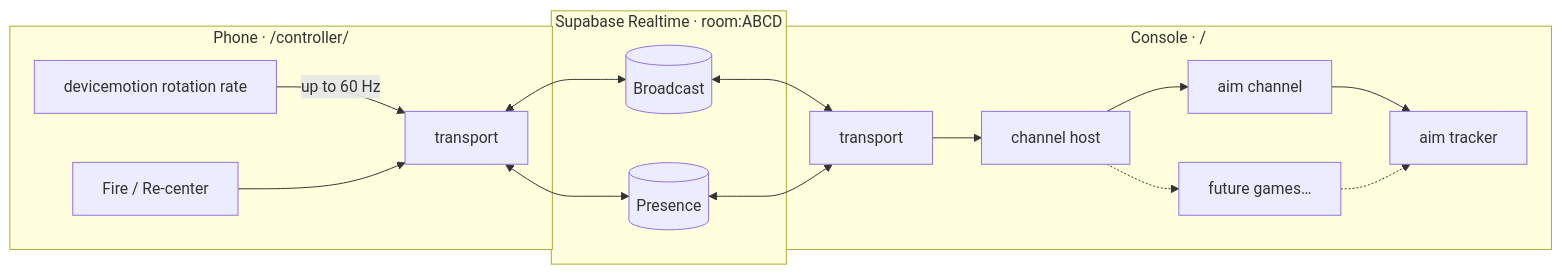
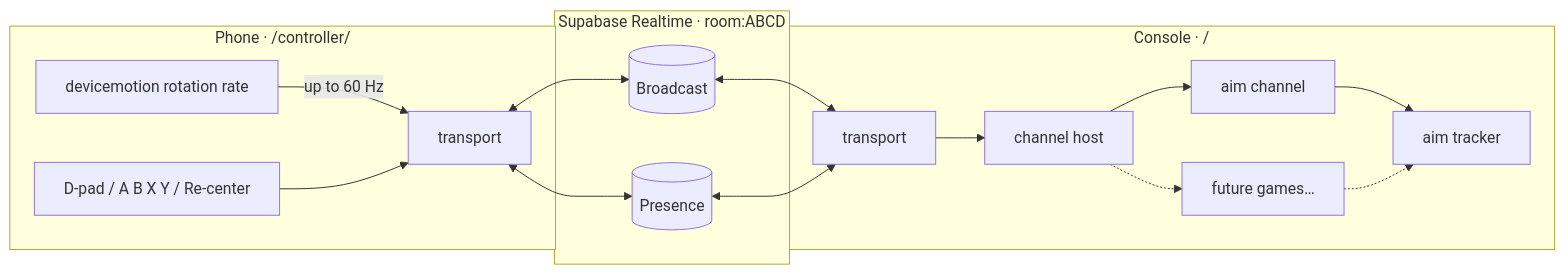
Before and after one commit to volpster-net/motion-console: the diagram in README.md, drawn with Mermaid. The commit also changed other lines of this file and 24 other files, not shown here.

First line of the commit message:
Controller: D-pad and X/Y/A/B diamond replace Fire; bowling stance controls

````diff
--- a/README.md
+++ b/README.md
@@ -21,20 +21,20 @@
 ```mermaid
 flowchart LR
   subgraph Phone["Phone · /controller/"]
     S[devicemotion rotation rate] -->|up to 60 Hz| T1[transport]
-    B[Fire / Re-center] --> T1
+    B[D-pad / A B X Y / Re-center] --> T1
   end
   subgraph Supabase["Supabase Realtime · room:ABCD"]
     BC[(Broadcast)]
     PR[(Presence)]
   end
   subgraph Console["Console · /"]
     T2[transport] --> H[channel host]
     H --> C1[aim channel]
     C1 --> A[aim tracker]
     H -.-> C2[future games…]
     C2 -.-> A
   end
   T1 <--> BC <--> T2
   T1 <--> PR <--> T2
 ```
````
